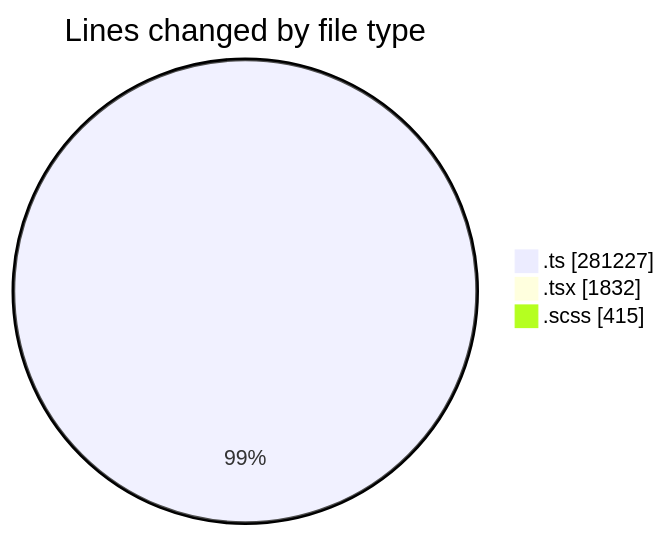
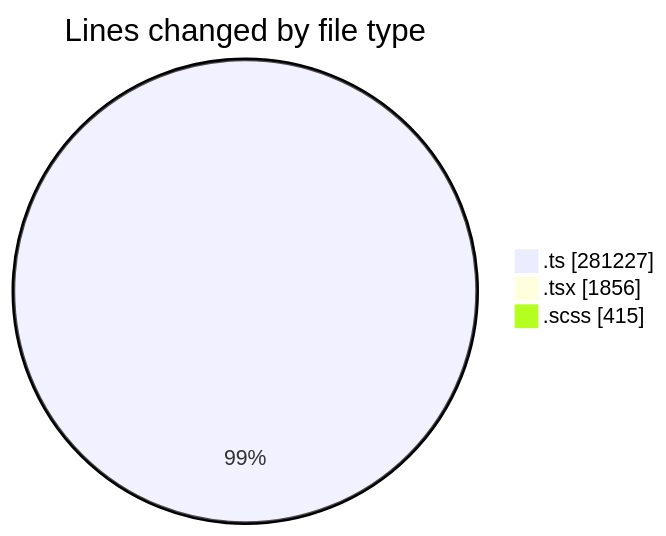
The first of 2 diagrams in 2025-08-22/cda/README.md (momahboobian/code-tracking), drawn with Mermaid before and after one commit. The commit also changed other lines of this file and 1 other file, not shown here.

````diff
--- a/2025-08-22/cda/README.md
+++ b/2025-08-22/cda/README.md
@@ -41,7 +41,7 @@
 ```mermaid
 pie showData
 title Lines changed by file type
 ".ts" : 281227
-".tsx" : 1832
+".tsx" : 1856
 ".scss" : 415
 ```
````
